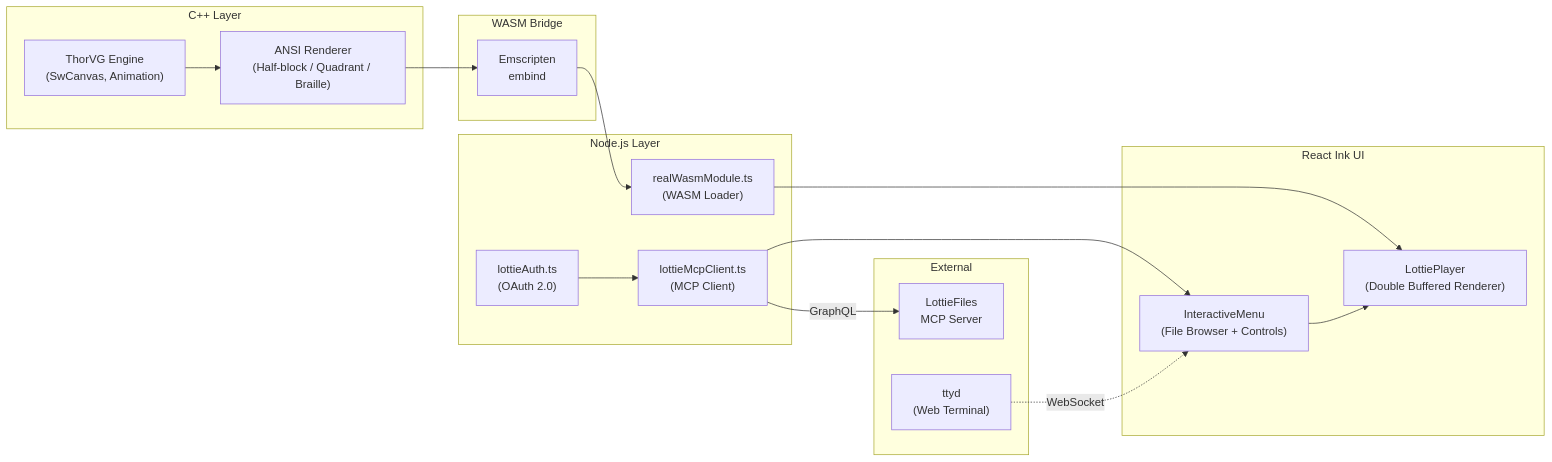
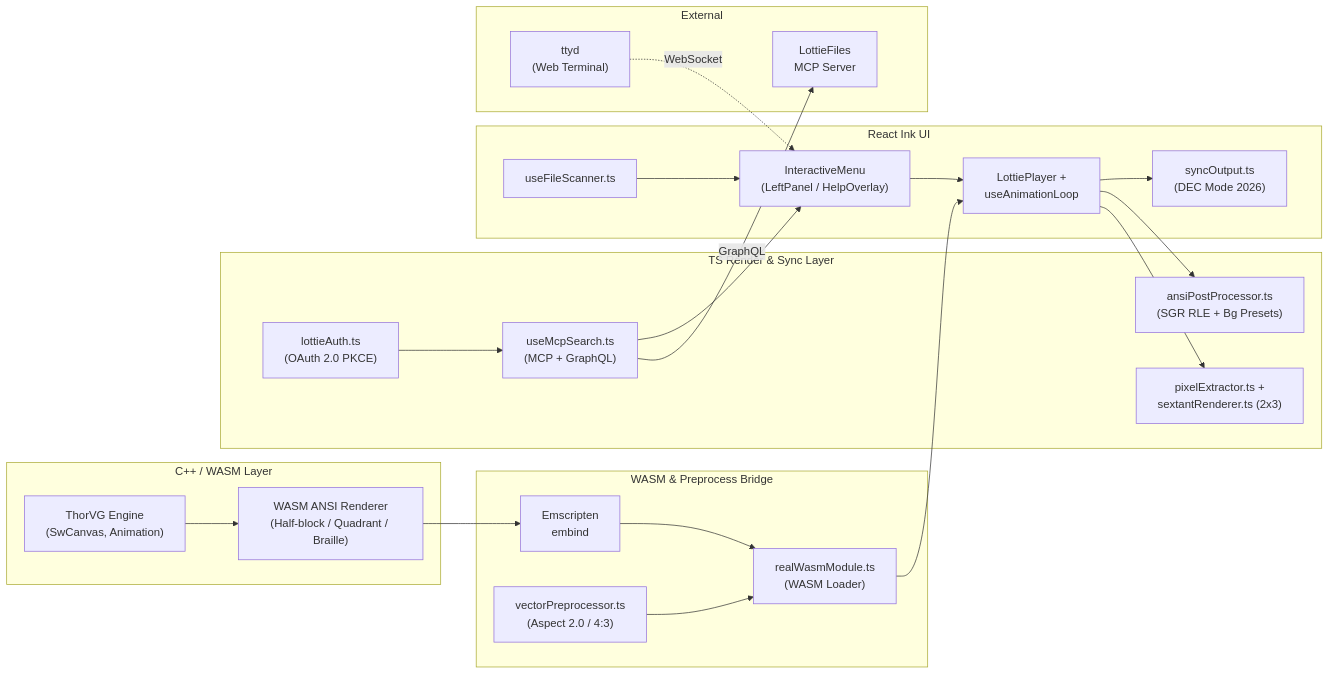
One commit to thorvg-community-kr/Hackathon-Terminal_Vector_Graphics changed the diagram in docs/DETAILS.md. Above: the diagram before and after it, drawn with Mermaid. The commit also changed other lines of this file and 2 other files, not shown here.

````diff
--- a/docs/DETAILS.md
+++ b/docs/DETAILS.md
@@ -37,37 +39,45 @@
 ```mermaid
 graph LR
-    subgraph "C++ Layer"
+    subgraph "C++ / WASM Layer"
         TVG["ThorVG Engine<br/>(SwCanvas, Animation)"]
-        RENDER["ANSI Renderer<br/>(Half-block / Quadrant / Braille)"]
+        RENDER["WASM ANSI Renderer<br/>(Half-block / Quadrant / Braille)"]
     end
 
-    subgraph "WASM Bridge"
+    subgraph "WASM & Preprocess Bridge"
         EMB["Emscripten<br/>embind"]
+        WASM["realWasmModule.ts<br/>(WASM Loader)"]
+        PREP["vectorPreprocessor.ts<br/>(Aspect 2.0 / 4:3)"]
     end
 
-    subgraph "Node.js Layer"
-        WASM["realWasmModule.ts<br/>(WASM Loader)"]
-        AUTH["lottieAuth.ts<br/>(OAuth 2.0)"]
-        MCP_C["lottieMcpClient.ts<br/>(MCP Client)"]
+    subgraph "TS Render & Sync Layer"
+        PX["pixelExtractor.ts +<br/>sextantRenderer.ts (2x3)"]
+        RLE["ansiPostProcessor.ts<br/>(SGR RLE + Bg Presets)"]
+        AUTH["lottieAuth.ts<br/>(OAuth 2.0 PKCE)"]
+        MCP_C["useMcpSearch.ts<br/>(MCP + GraphQL)"]
     end
 
     subgraph "React Ink UI"
-        MENU["InteractiveMenu<br/>(File Browser + Controls)"]
-        PLAYER["LottiePlayer<br/>(Double Buffered Renderer)"]
+        SCAN["useFileScanner.ts"]
+        MENU["InteractiveMenu<br/>(LeftPanel / HelpOverlay)"]
+        PLAYER["LottiePlayer +<br/>useAnimationLoop"]
+        SYNC["syncOutput.ts<br/>(DEC Mode 2026)"]
     end
 
     subgraph "External"
         LOTTIE["LottieFiles<br/>MCP Server"]
         TTYD["ttyd<br/>(Web Terminal)"]
     end
 
-    TVG --> RENDER
-    RENDER --> EMB
-    EMB --> WASM
+    TVG --> RENDER --> EMB --> WASM
+    PREP --> WASM
     WASM --> PLAYER
+    PLAYER --> PX
+    PLAYER --> RLE
+    PLAYER --> SYNC
     AUTH --> MCP_C
     MCP_C -->|GraphQL| LOTTIE
+    SCAN --> MENU
     MENU --> PLAYER
     MCP_C --> MENU
     TTYD -.->|WebSocket| MENU
 ```
````
